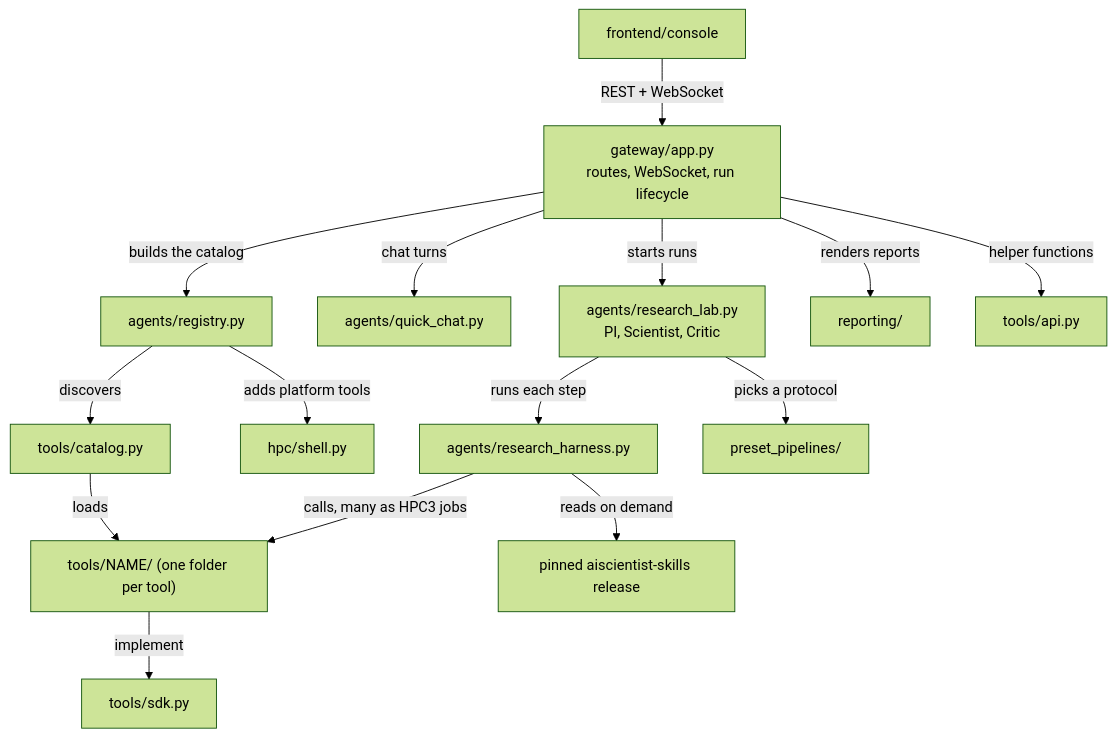
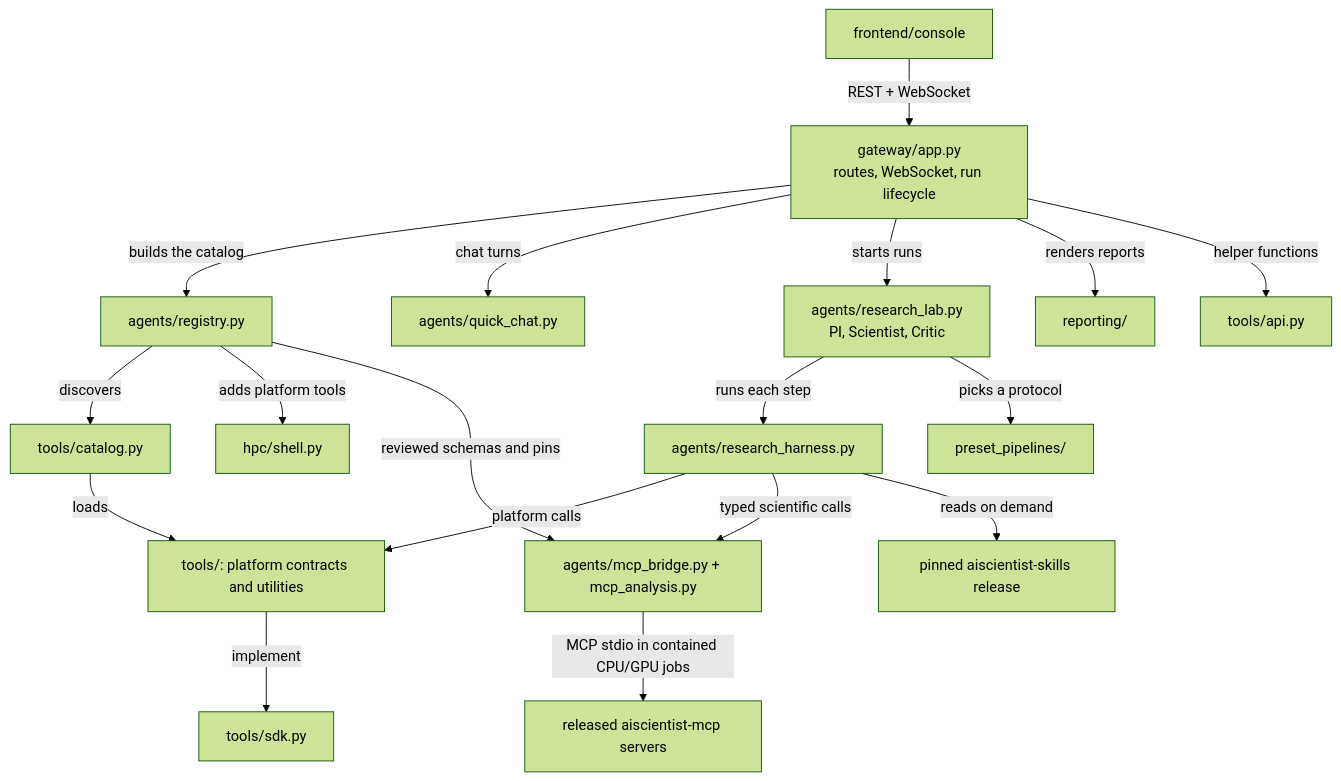
The third of 4 diagrams in docs/architecture/README.md (RCHENLAB/AiScientist), drawn with Mermaid (forest theme) before and after one commit. The commit also changed other lines of this file and 254 other files, not shown here.

Commit message:
Retire migrated scientific implementations after native website acceptance

````diff
--- a/docs/architecture/README.md
+++ b/docs/architecture/README.md
@@ -126,17 +135,20 @@
 ```mermaid
 flowchart TB
     ui["frontend/console"] -->|"REST + WebSocket"| app["gateway/app.py<br/>routes, WebSocket, run lifecycle"]
     app -->|"builds the catalog"| registry["agents/registry.py"]
     app -->|"chat turns"| chat["agents/quick_chat.py"]
     app -->|"starts runs"| lab["agents/research_lab.py<br/>PI, Scientist, Critic"]
     app -->|"renders reports"| reporting["reporting/"]
     app -->|"helper functions"| api["tools/api.py"]
     registry -->|"discovers"| catalog["tools/catalog.py"]
     registry -->|"adds platform tools"| shell["hpc/shell.py"]
     lab -->|"runs each step"| harness["agents/research_harness.py"]
     lab -->|"picks a protocol"| pipelines["preset_pipelines/"]
-    harness -->|"calls, many as HPC3 jobs"| folders["tools/NAME/ (one folder per tool)"]
+    harness -->|"platform calls"| folders["tools/: platform contracts and utilities"]
+    registry -->|"reviewed schemas and pins"| bridge["agents/mcp_bridge.py + mcp_analysis.py"]
+    harness -->|"typed scientific calls"| bridge
+    bridge -->|"MCP stdio in contained CPU/GPU jobs"| native["released aiscientist-mcp servers"]
     harness -->|"reads on demand"| skills["pinned aiscientist-skills release"]
     catalog -->|"loads"| folders
     folders -->|"implement"| sdk["tools/sdk.py"]
 ```
````
